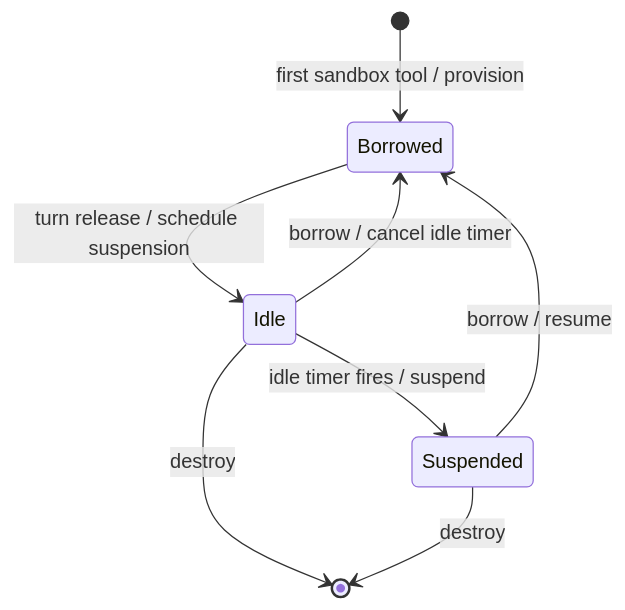
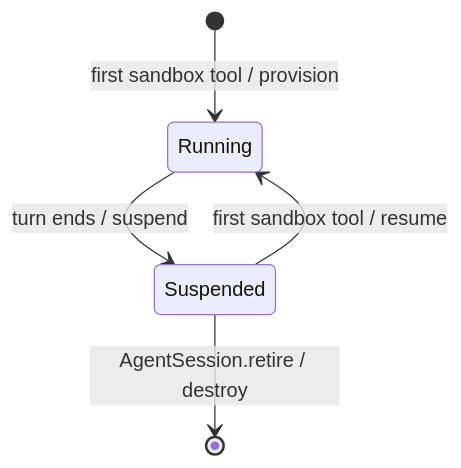
Before and after one commit to restatedev/agent: the diagram in docs/sandboxes.md, drawn with Mermaid. The commit also changed other lines of this file and 17 other files, not shown here.

First line of the commit message:
Let the turn own the sandbox instead of a Sandbox object

````diff
--- a/docs/sandboxes.md
+++ b/docs/sandboxes.md
@@ -34,10 +30,7 @@
 ```mermaid
 stateDiagram-v2
-  [*] --> Borrowed: first sandbox tool / provision
-  Suspended --> Borrowed: borrow / resume
-  Idle --> Borrowed: borrow / cancel idle timer
-  Borrowed --> Idle: turn release / schedule suspension
-  Idle --> Suspended: idle timer fires / suspend
-  Idle --> [*]: destroy
-  Suspended --> [*]: destroy
+  [*] --> Running: first sandbox tool / provision
+  Suspended --> Running: first sandbox tool / resume
+  Running --> Suspended: turn ends / suspend
+  Suspended --> [*]: AgentSession.retire / destroy
 ```
````
